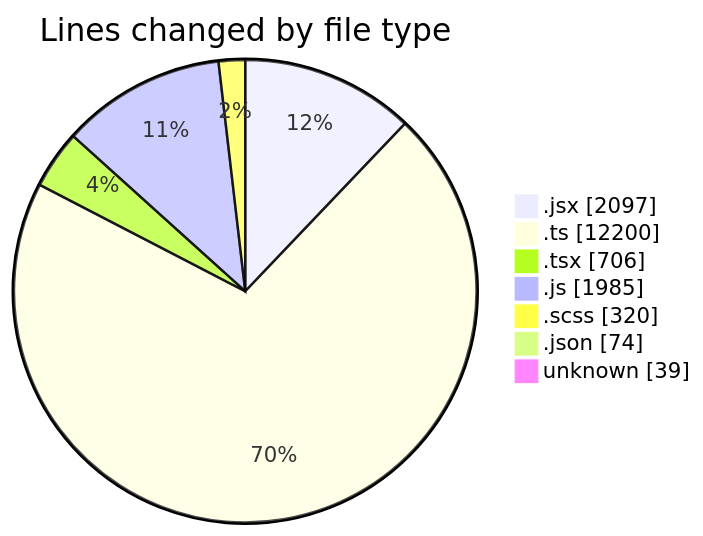
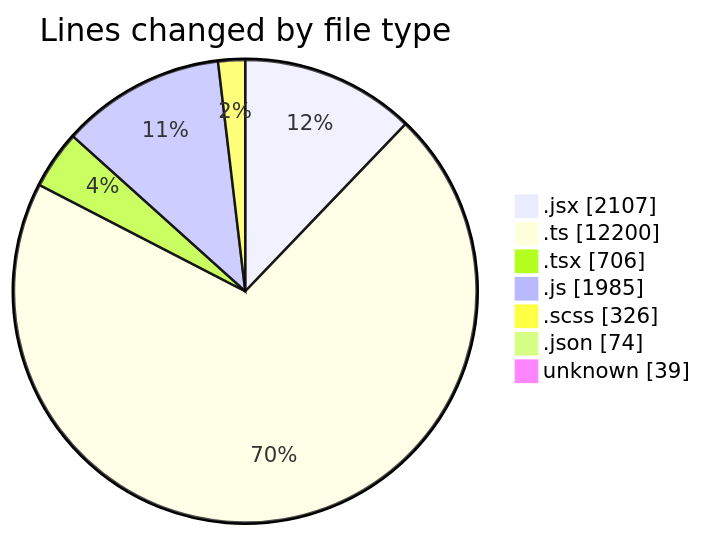
One commit to momahboobian/code-tracking changed the first of 2 diagrams in 2025-06-05/cda/README.md. Above: the diagram before and after it, drawn with Mermaid. The commit also changed other lines of this file and 1 other file, not shown here.

````diff
--- a/2025-06-05/cda/README.md
+++ b/2025-06-05/cda/README.md
@@ -50,11 +50,11 @@
 ```mermaid
 pie showData
 title Lines changed by file type
-".jsx" : 2097
+".jsx" : 2107
 ".ts" : 12200
 ".tsx" : 706
 ".js" : 1985
-".scss" : 320
+".scss" : 326
 ".json" : 74
 "unknown" : 39
 ```
````
